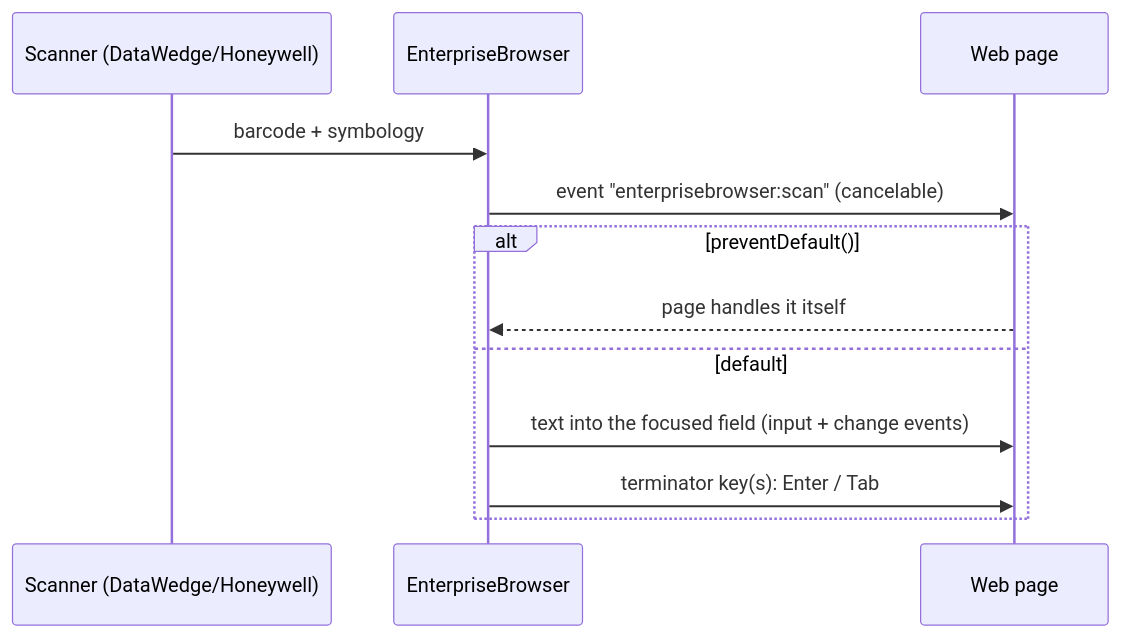
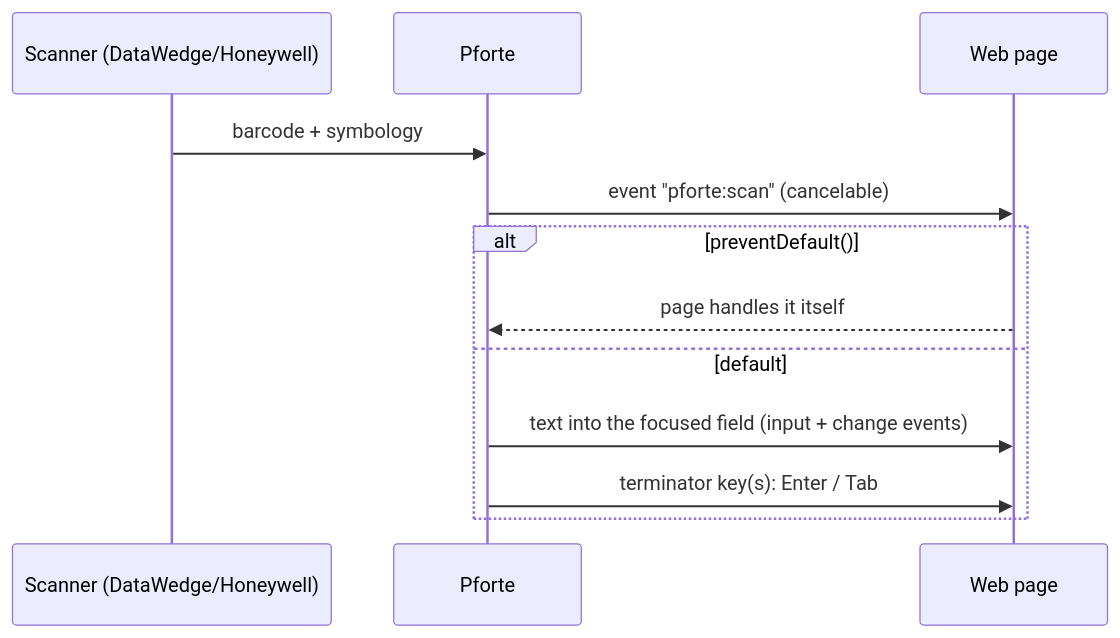
One commit to ict-baden/industrialkioskbrowser changed the diagram in docs/web-integration.md. Above: the diagram before and after it, drawn with Mermaid. The commit also changed other lines of this file and 114 other files, not shown here.

````diff
--- a/docs/web-integration.md
+++ b/docs/web-integration.md
@@ -11,14 +11,14 @@
 ```mermaid
 sequenceDiagram
   participant S as Scanner (DataWedge/Honeywell)
-  participant A as EnterpriseBrowser
+  participant A as Pforte
   participant P as Web page
   S->>A: barcode + symbology
-  A->>P: event "enterprisebrowser:scan" (cancelable)
+  A->>P: event "pforte:scan" (cancelable)
   alt preventDefault()
     P-->>A: page handles it itself
   else default
     A->>P: text into the focused field (input + change events)
     A->>P: terminator key(s): Enter / Tab
   end
 ```
````
